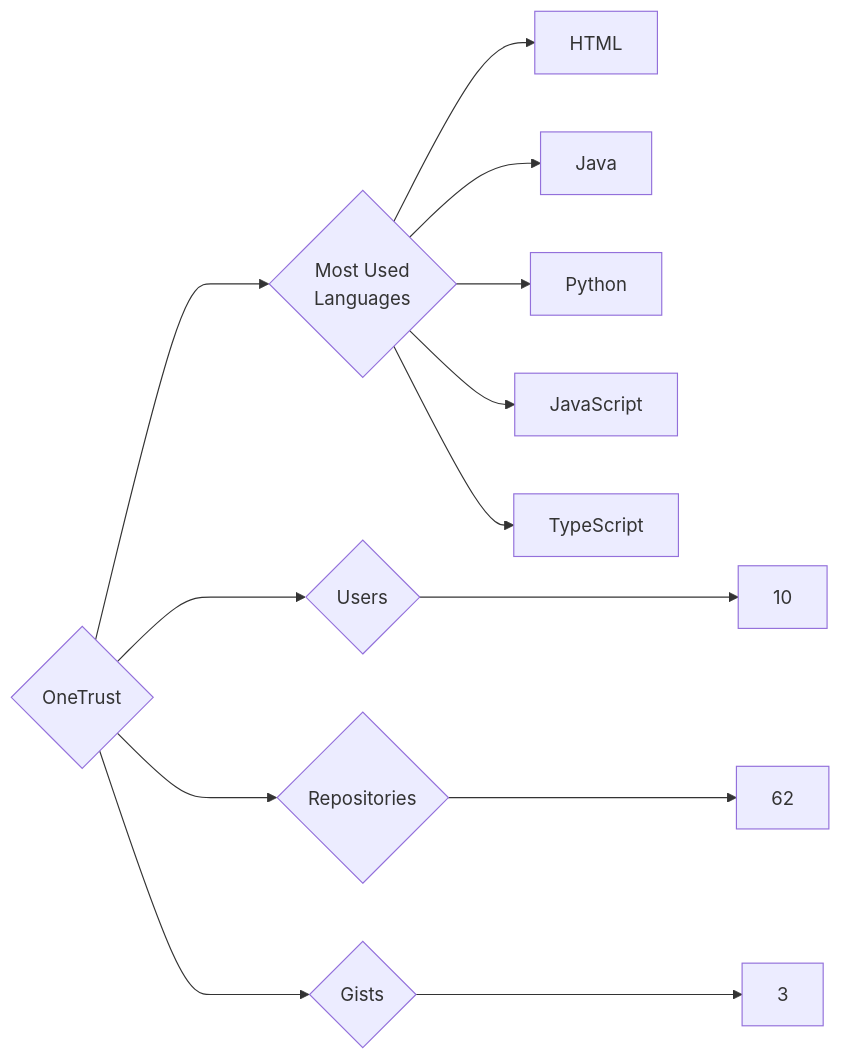
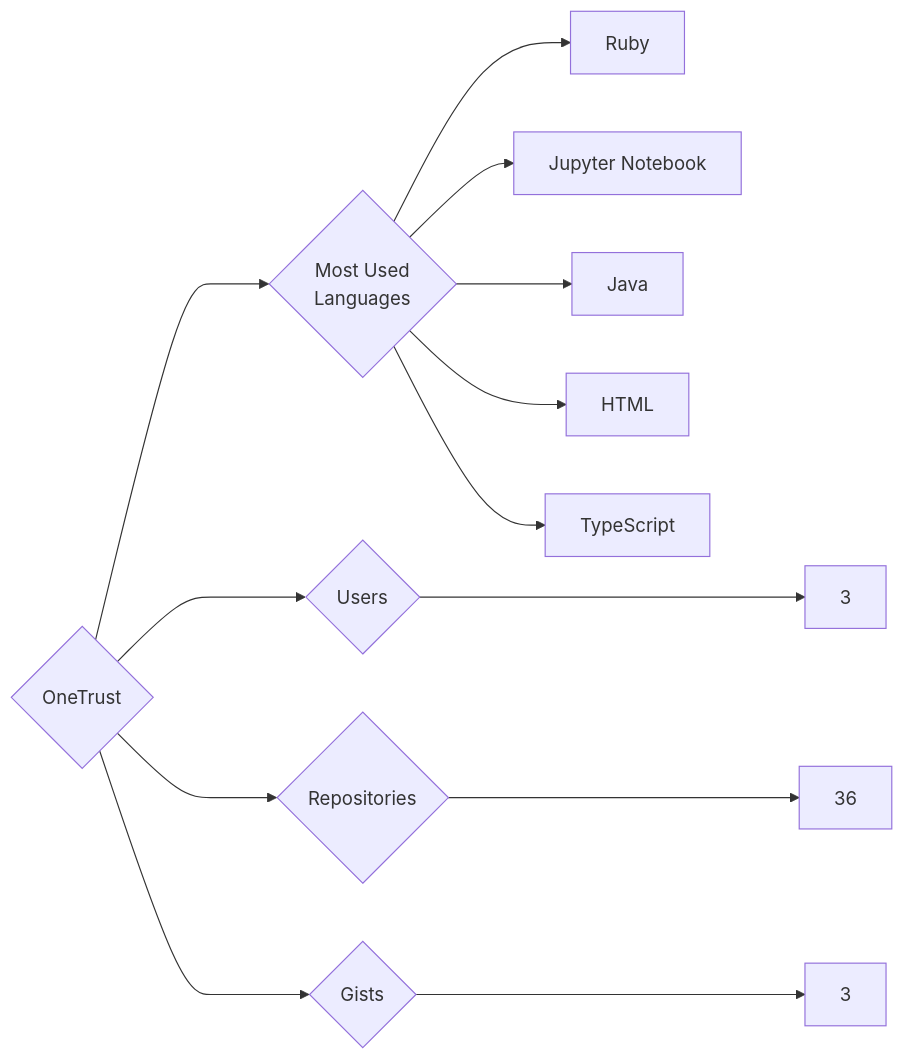
One commit to trickest/insiders changed the diagram in targets/OneTrust/README.md. Above: the diagram before and after it, drawn with Mermaid. The commit also changed 797 other files, not shown here.

````diff
--- a/targets/OneTrust/README.md
+++ b/targets/OneTrust/README.md
@@ -3,13 +3,13 @@
 ```mermaid
 graph LR
 COMPANY_NAME{OneTrust}
-COMPANY_NAME ---> U{Users} ---> UN[10]
-COMPANY_NAME ---> R{Repositories} ---> RN[62]
+COMPANY_NAME ---> U{Users} ---> UN[3]
+COMPANY_NAME ---> R{Repositories} ---> RN[36]
 COMPANY_NAME ---> G{Gists} ---> GN[3]
 COMPANY_NAME ---> ML{Most Used<br>Languages}
+ML --> Ruby[Ruby]
+ML --> Jupyter_Notebook[Jupyter Notebook]
+ML --> Java[Java]
 ML --> HTML[HTML]
-ML --> Java[Java]
-ML --> Python[Python]
-ML --> JavaScript[JavaScript]
 ML --> TypeScript[TypeScript]
 ```
````
